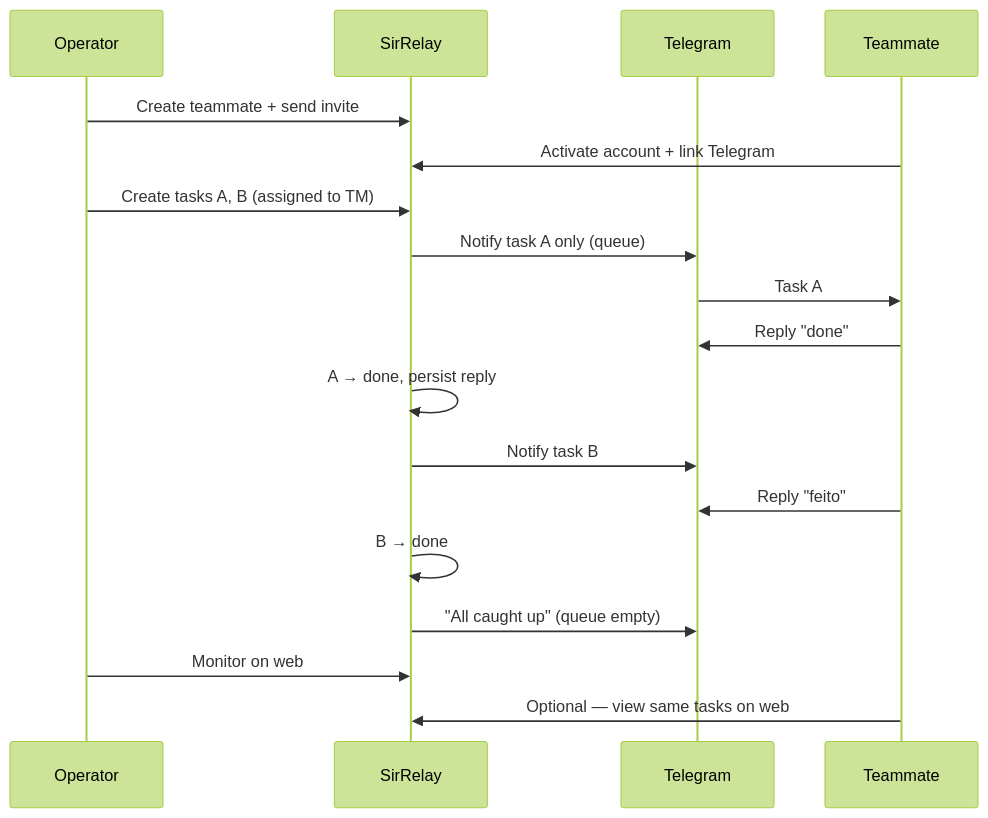
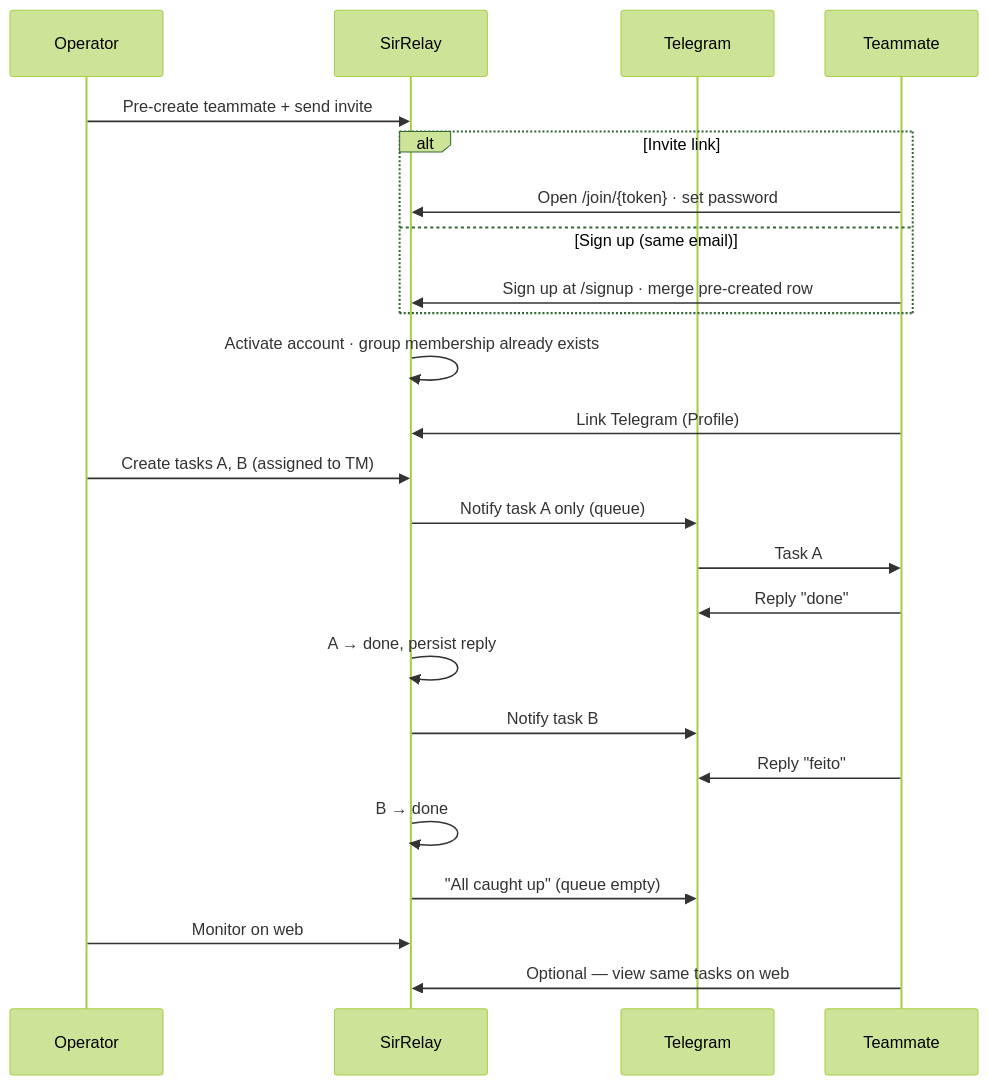
The diagram in docs/REQUIREMENTS.md (AndAleixo/sir-relay), drawn with Mermaid (forest theme) before and after one commit. The commit also changed other lines of this file and 13 other files, not shown here.

````diff
--- a/docs/REQUIREMENTS.md
+++ b/docs/REQUIREMENTS.md
@@ -39,21 +41,27 @@
 ```mermaid
 sequenceDiagram
   participant OP as Operator
   participant APP as SirRelay
   participant TG as Telegram
   participant TM as Teammate
 
-  OP->>APP: Create teammate + send invite
-  TM->>APP: Activate account + link Telegram
+  OP->>APP: Pre-create teammate + send invite
+  alt Invite link
+    TM->>APP: Open /join/{token} · set password
+  else Sign up (same email)
+    TM->>APP: Sign up at /signup · merge pre-created row
+  end
+  APP->>APP: Activate account · group membership already exists
+  TM->>APP: Link Telegram (Profile)
   OP->>APP: Create tasks A, B (assigned to TM)
   APP->>TG: Notify task A only (queue)
   TG->>TM: Task A
   TM->>TG: Reply "done"
   APP->>APP: A → done, persist reply
   APP->>TG: Notify task B
   TM->>TG: Reply "feito"
   APP->>APP: B → done
   APP->>TG: "All caught up" (queue empty)
   OP->>APP: Monitor on web
   TM->>APP: Optional — view same tasks on web
 ```
````
